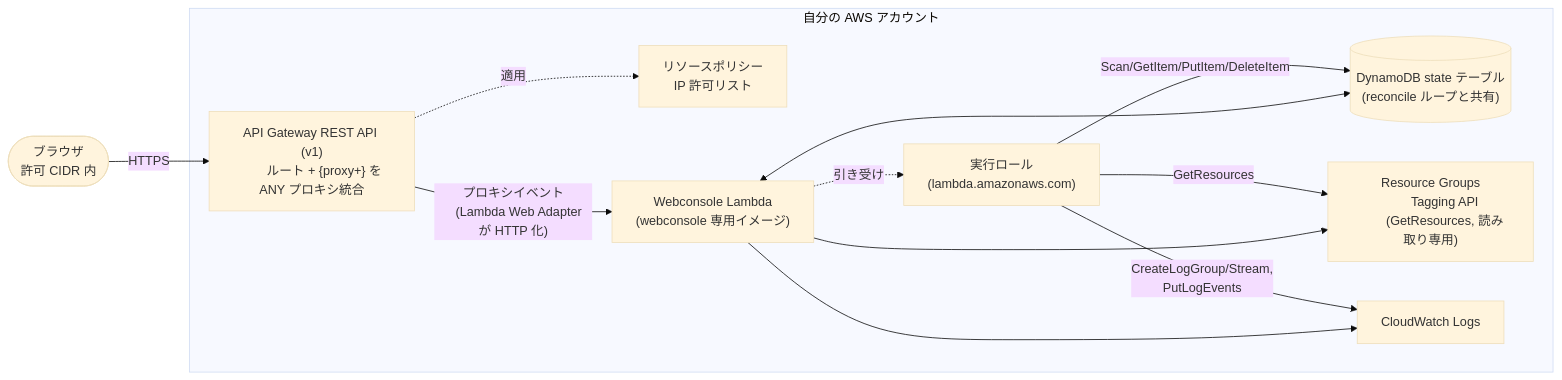
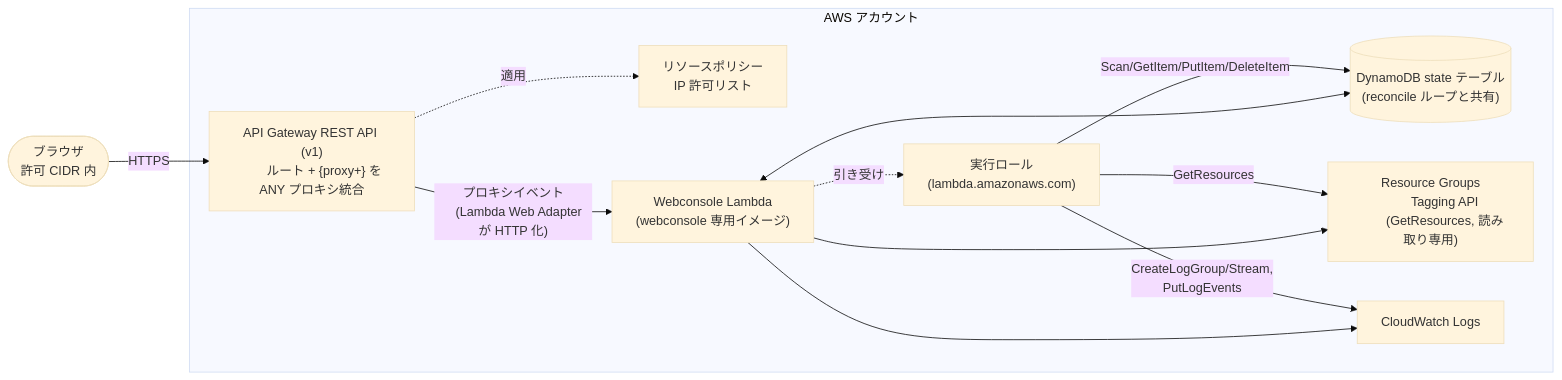
Before and after one commit to moepig/cheapskate: the second of 2 diagrams in docs/ja/architecture/aws_resources.md, drawn with Mermaid (base theme). The commit also changed other lines of this file and 22 other files, not shown here.

````diff
--- a/docs/ja/architecture/aws_resources.md
+++ b/docs/ja/architecture/aws_resources.md
@@ -84,35 +90,35 @@
 ```mermaid
 flowchart LR
     user(["ブラウザ
     許可 CIDR 内"])
 
-    subgraph account["自分の AWS アカウント"]
+    subgraph account["AWS アカウント"]
         apigw["API Gateway REST API (v1)
         ルート + {proxy+} を ANY プロキシ統合"]
         policy["リソースポリシー
         IP 許可リスト"]
         fn["Webconsole Lambda
         (webconsole 専用イメージ)"]
         role["実行ロール
         (lambda.amazonaws.com)"]
         ddb[("DynamoDB state テーブル
         (reconcile ループと共有)")]
         tagapi["Resource Groups
         Tagging API
         (GetResources, 読み取り専用)"]
         logs["CloudWatch Logs"]
     end
 
     user -- HTTPS --> apigw
     apigw -. 適用 .-> policy
     apigw -- "プロキシイベント
     (Lambda Web Adapter が HTTP 化)" --> fn
     fn -. 引き受け .-> role
     role -- "Scan/GetItem/PutItem/DeleteItem" --> ddb
     role -- "GetResources" --> tagapi
     role -- "CreateLogGroup/Stream,
     PutLogEvents" --> logs
     fn <--> ddb
     fn --> tagapi
     fn --> logs
 ```
````
